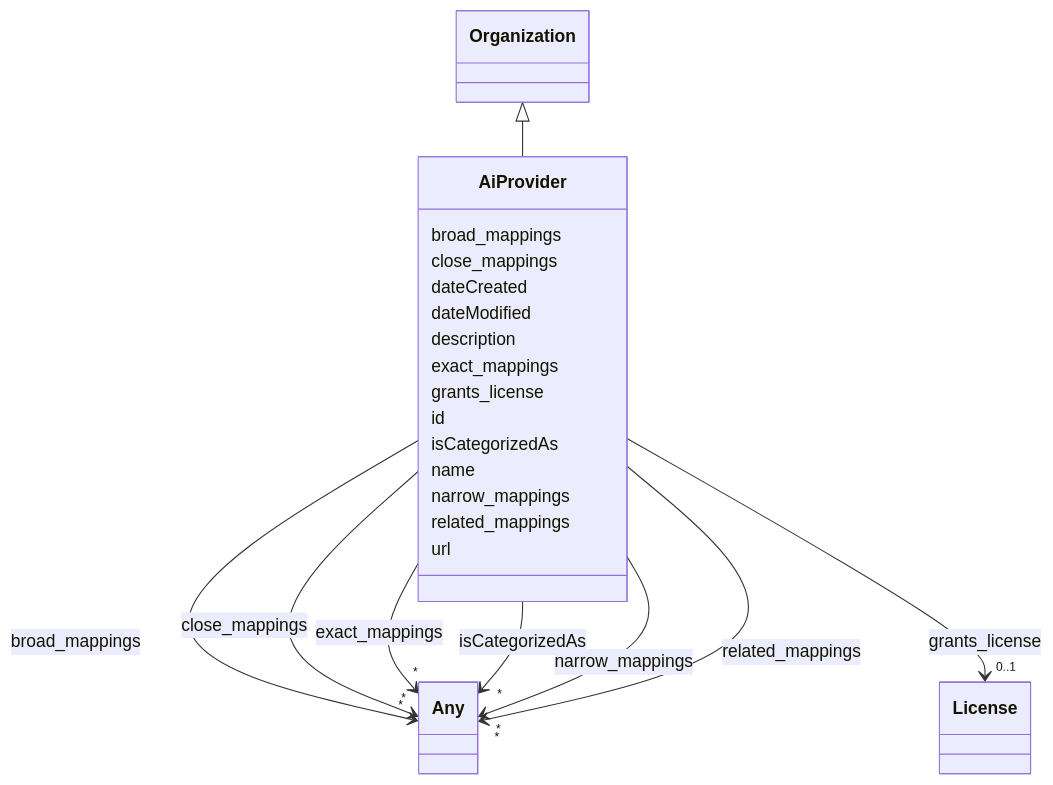
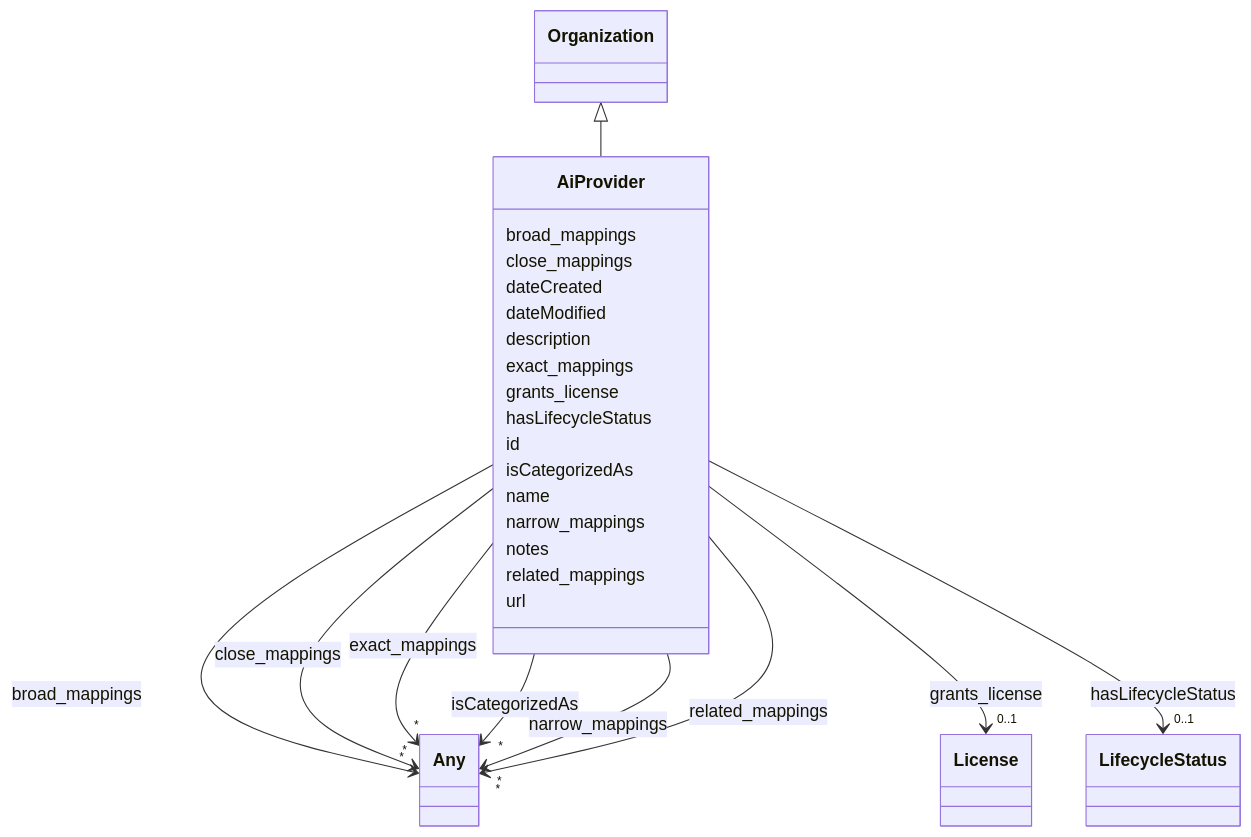
Before and after one commit to ingelise/risk-atlas-nexus: the diagram in docs/ontology/AiProvider.md, drawn with Mermaid. The commit also changed other lines of this file and 190 other files, not shown here.

```diff
--- a/docs/ontology/AiProvider.md
+++ b/docs/ontology/AiProvider.md
@@ -68,6 +68,17 @@
 
 
 
+      AiProvider : hasLifecycleStatus
+
+
+
+
+
+        AiProvider --> "0..1" LifecycleStatus : hasLifecycleStatus
+        click LifecycleStatus href "../LifecycleStatus/"
+
+
+
       AiProvider : id
 
       AiProvider : isCategorizedAs
@@ -94,6 +105,8 @@
 
 
 
+      AiProvider : notes
+
       AiProvider : related_mappings
 
 
```
